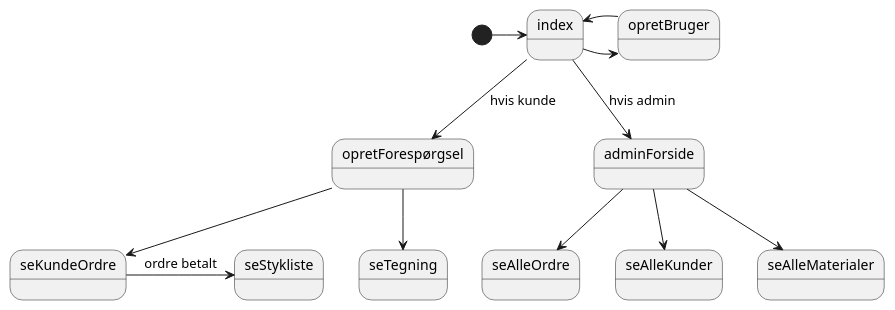
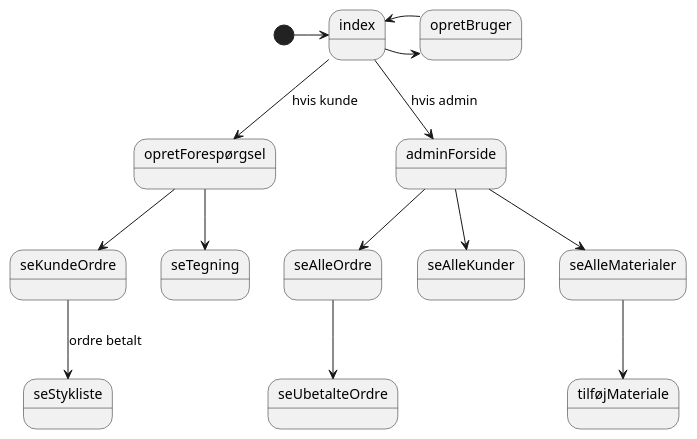
Before and after one commit to AlexSmed/FogCarport: the diagram in src/domænelmodel/Navigationsdiagram.puml, drawn with PlantUML.

Commit message:
navigationsdiagram færdig

```diff
--- a/src/domænelmodel/Navigationsdiagram.puml
+++ b/src/domænelmodel/Navigationsdiagram.puml
@@ -1,38 +1,40 @@
 @startuml
 'https://plantuml.com/sequence-diagram
 
 
 
 State index
 State opretBruger
 State opretForespørgsel
 State seKundeOrdre
 State seTegning
 State seStykliste
 
 State adminForside
 State seAlleOrdre
 State seAlleKunder
 State seAlleMaterialer
 
 [*] -> index
 index -> opretBruger
 opretBruger -> index
 
 index --> opretForespørgsel: hvis kunde
 index --> adminForside: hvis admin
 
 adminForside --> seAlleOrdre
 adminForside --> seAlleKunder
 adminForside --> seAlleMaterialer
+seAlleOrdre --> seUbetalteOrdre
+seAlleMaterialer --> tilføjMateriale
 
 opretForespørgsel --> seTegning
 opretForespørgsel --> seKundeOrdre
-seKundeOrdre -> seStykliste: ordre betalt
+seKundeOrdre --> seStykliste: ordre betalt
 
 
 
 
 
 
 @enduml
```
